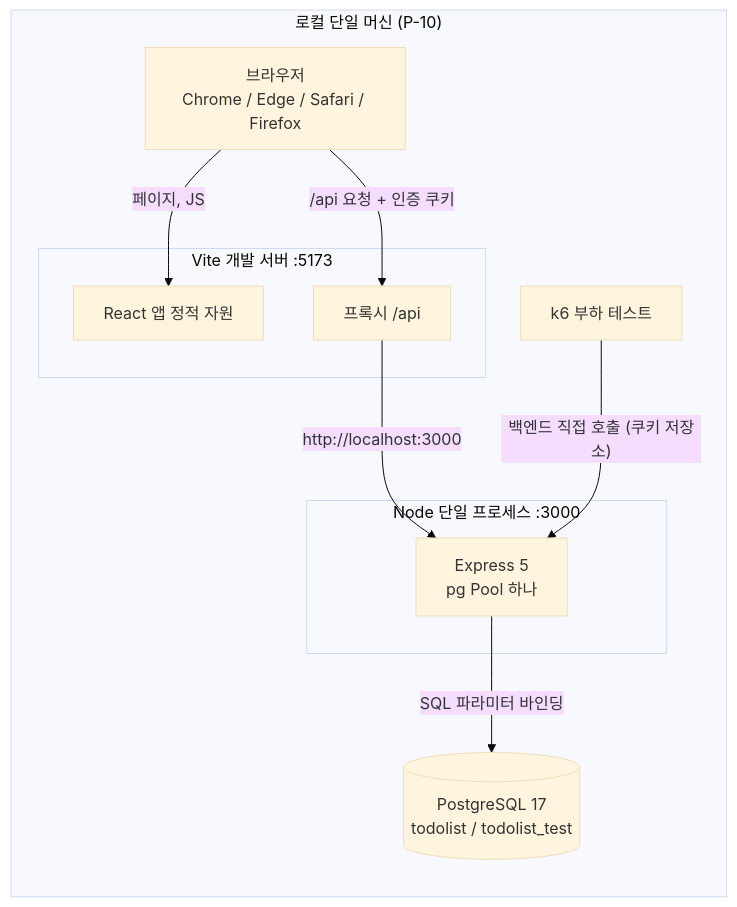
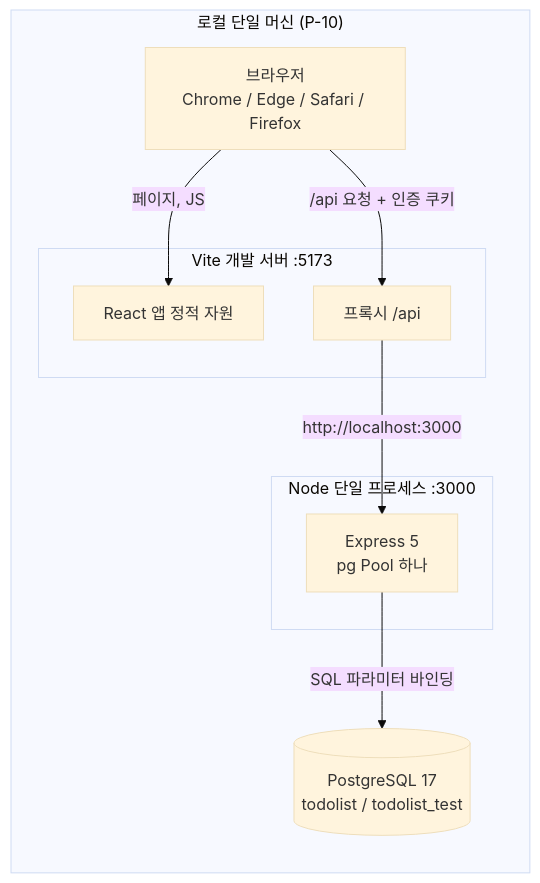
One commit to pomyeong/todolist-app changed the first of 10 diagrams in docs/6-arch-diagram.md. Above: the diagram before and after it, drawn with Mermaid (base theme). The commit also changed other lines of this file and 7 other files, not shown here.

````diff
--- a/docs/6-arch-diagram.md
+++ b/docs/6-arch-diagram.md
@@ -54,21 +56,19 @@
 ```mermaid
 flowchart LR
     subgraph PC["로컬 단일 머신 (P-10)"]
         BR["브라우저<br/>Chrome / Edge / Safari / Firefox"]
         subgraph FE["Vite 개발 서버 :5173"]
             ST["React 앱 정적 자원"]
             PX["프록시 /api"]
         end
         subgraph BE["Node 단일 프로세스 :3000"]
             EX["Express 5<br/>pg Pool 하나"]
         end
         DB[("PostgreSQL 17<br/>todolist / todolist_test")]
-        K6["k6 부하 테스트"]
     end
 
     BR -->|"페이지, JS"| ST
     BR -->|"/api 요청 + 인증 쿠키"| PX
     PX -->|"http://localhost:3000"| EX
     EX -->|"SQL 파라미터 바인딩"| DB
-    K6 -->|"백엔드 직접 호출 (쿠키 저장소)"| EX
 ```
````
